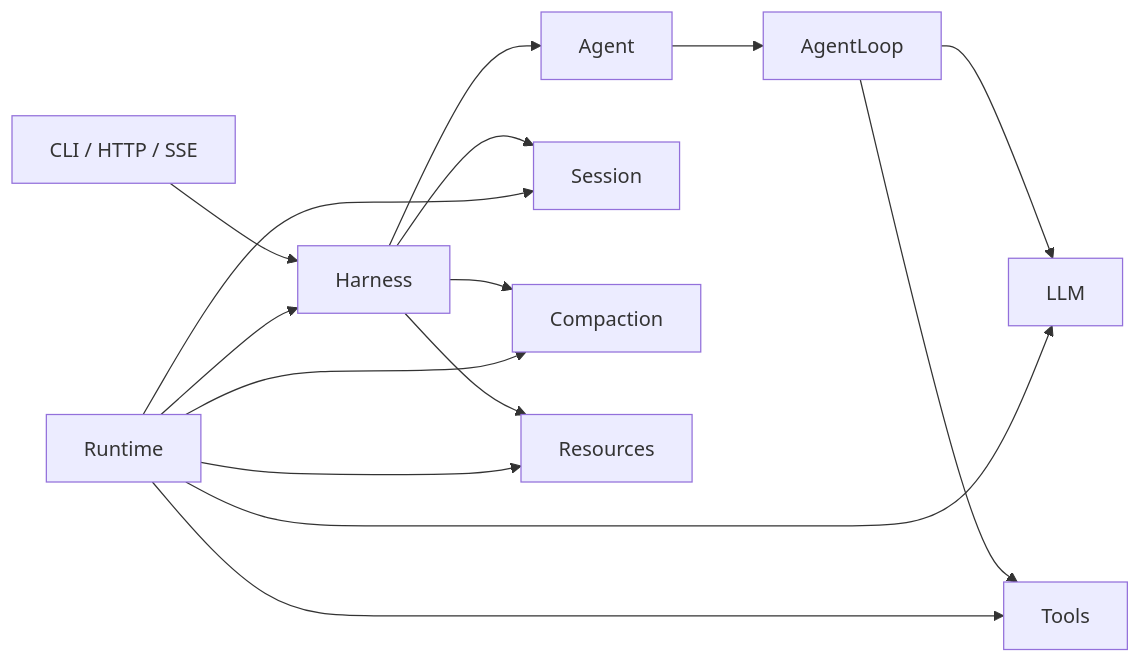
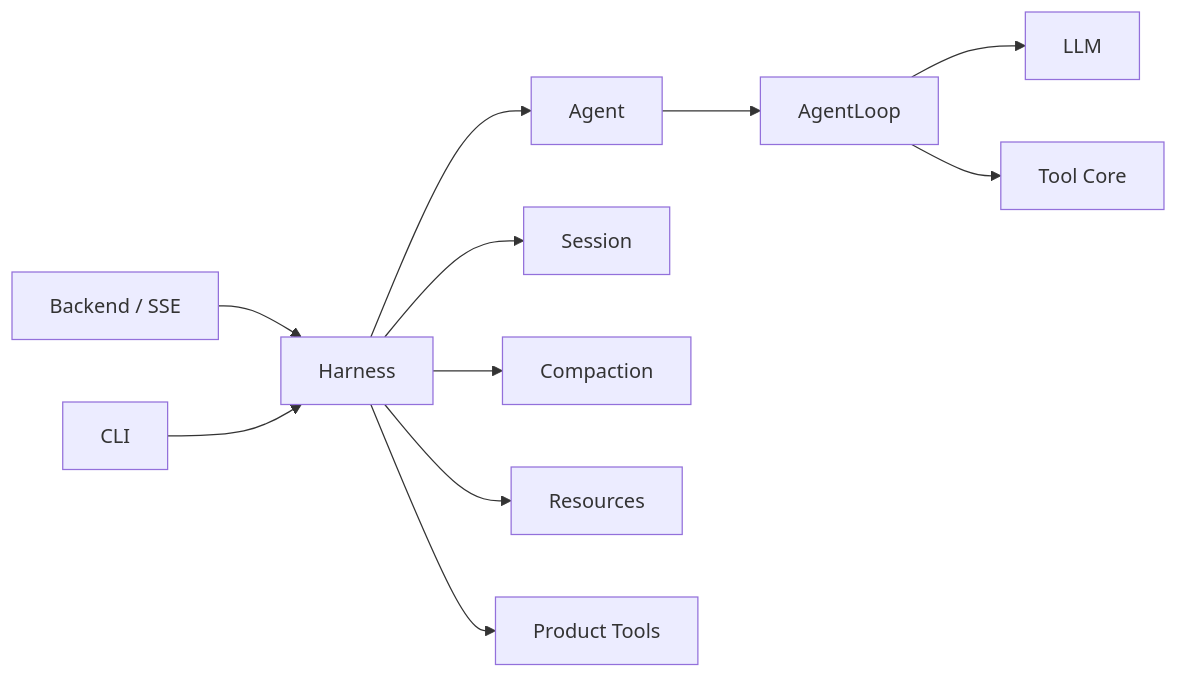
Before and after one commit to Camelovee/Camel-Harness: the first of 2 diagrams in docs/项目架构.md, drawn with Mermaid. The commit also changed other lines of this file and 170 other files, not shown here.

````diff
--- a/docs/项目架构.md
+++ b/docs/项目架构.md
@@ -17,17 +17,13 @@
 ```mermaid
 flowchart LR
-    UI[CLI / HTTP / SSE] --> H[Harness]
-    R[Runtime] --> H
+    B[Backend / SSE] --> H[Harness]
+    C[CLI] --> H
     H --> A[Agent]
     A --> L[AgentLoop]
     L --> M[LLM]
-    L --> T[Tools]
+    L --> T[Tool Core]
     H --> S[Session]
-    H --> C[Compaction]
-    H --> K[Resources]
-    R --> M
-    R --> T
-    R --> S
-    R --> C
-    R --> K
+    H --> X[Compaction]
+    H --> R[Resources]
+    H --> BT[Product Tools]
 ```
````
